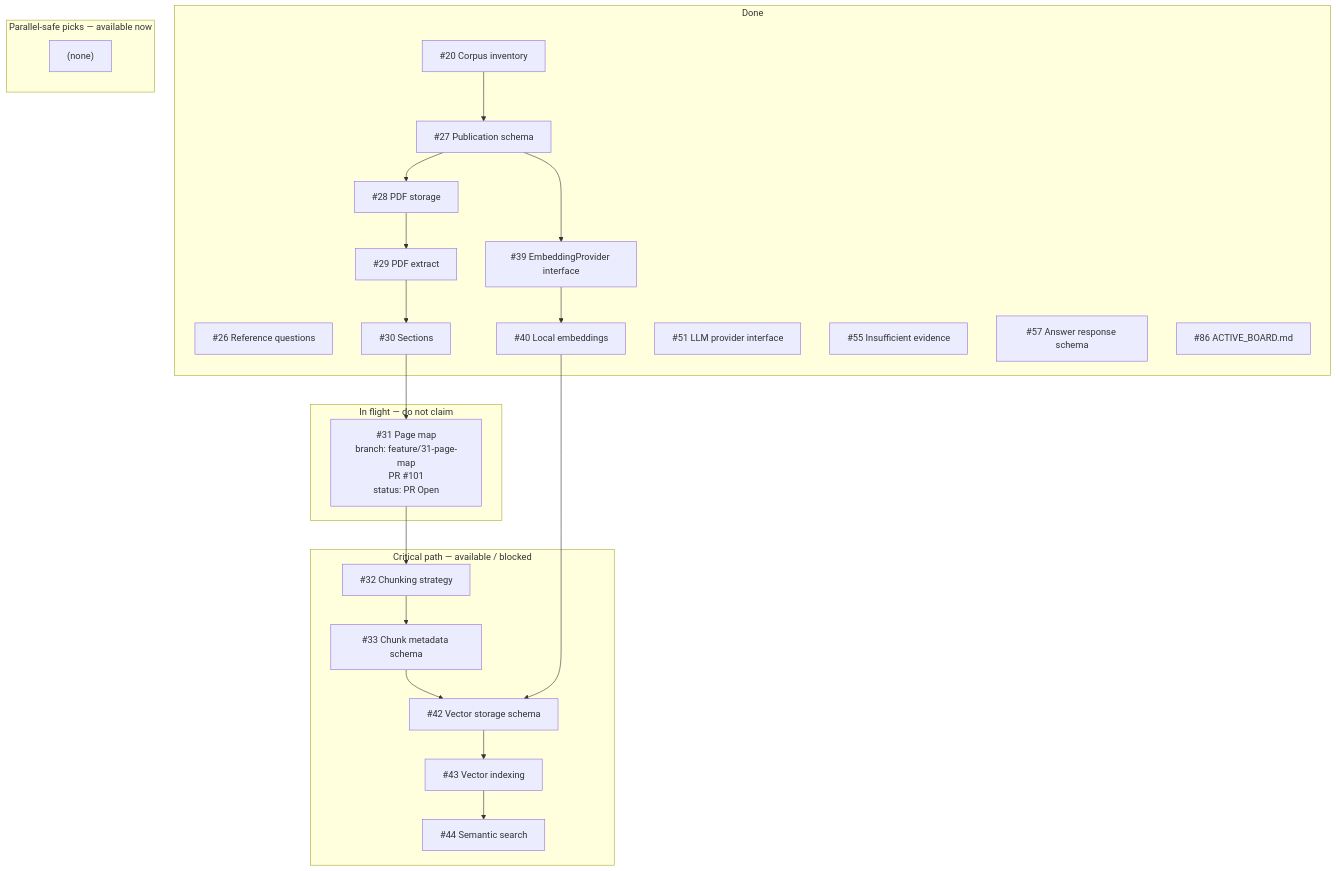
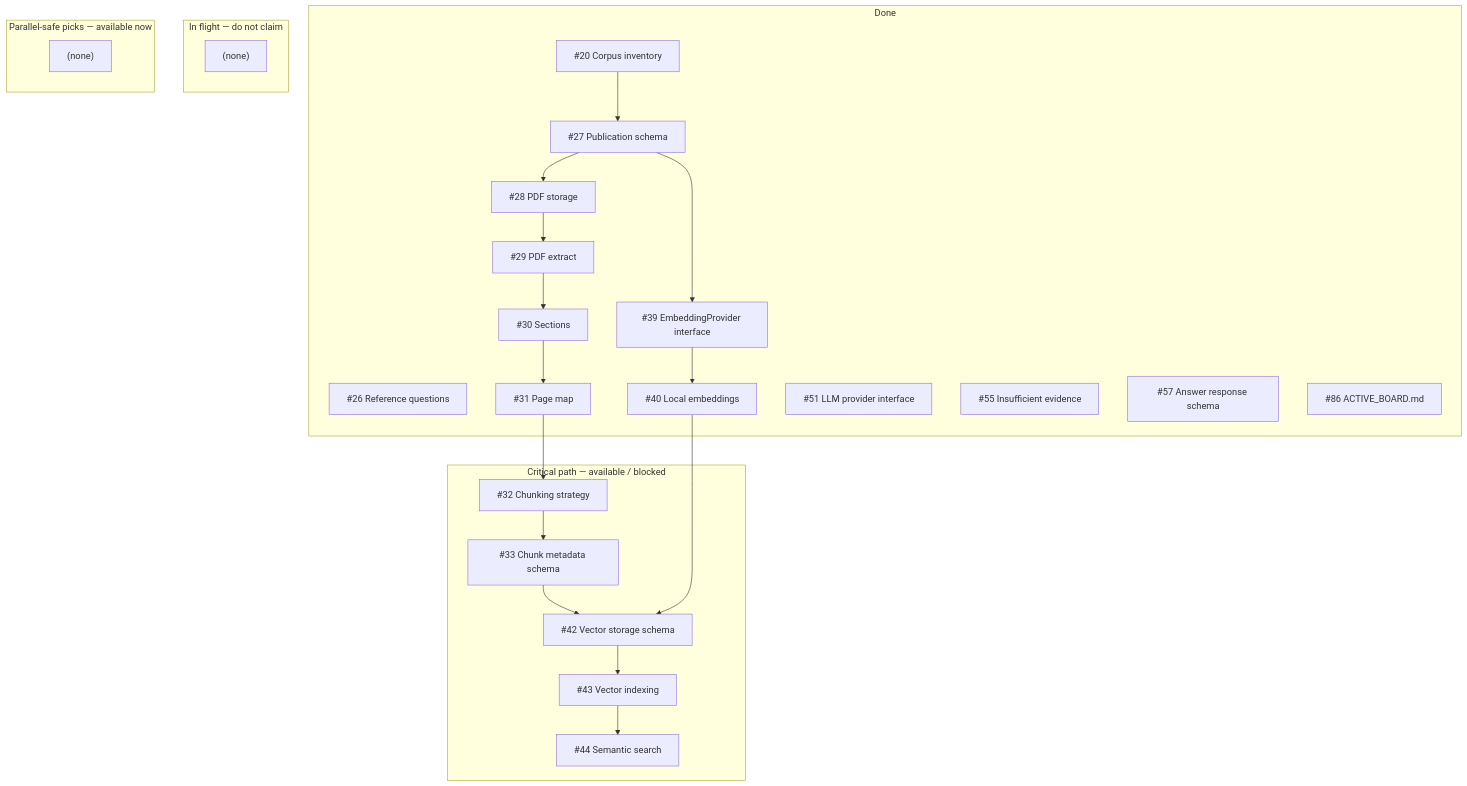
Before and after one commit to bluefate/spacebio-evidence-engine: the diagram in docs/development/ACTIVE_BOARD.md, drawn with Mermaid. The commit also changed other lines of this file and 3 other files, not shown here.

````diff
--- a/docs/development/ACTIVE_BOARD.md
+++ b/docs/development/ACTIVE_BOARD.md
@@ -61,43 +62,44 @@
 ```mermaid
 flowchart TB
   subgraph done [Done]
     i20["#20 Corpus inventory"]
     i26["#26 Reference questions"]
     i27["#27 Publication schema"]
     i28["#28 PDF storage"]
     i29["#29 PDF extract"]
     i30["#30 Sections"]
+    i31["#31 Page map"]
     i39["#39 EmbeddingProvider interface"]
     i40["#40 Local embeddings"]
     i51["#51 LLM provider interface"]
     i55["#55 Insufficient evidence"]
     i57["#57 Answer response schema"]
     i86["#86 ACTIVE_BOARD.md"]
   end
   subgraph inflight [In flight — do not claim]
-    i31["#31 Page map<br/>branch: feature/31-page-map<br/>PR #101<br/>status: PR Open"]
+    inflight_empty["(none)"]
   end
   subgraph nextCritical [Critical path — available / blocked]
     i32["#32 Chunking strategy"]
     i33["#33 Chunk metadata schema"]
     i42["#42 Vector storage schema"]
     i43["#43 Vector indexing"]
     i44["#44 Semantic search"]
   end
   subgraph nextParallel [Parallel-safe picks — available now]
     nextParallel_empty["(none)"]
   end
   i20 --> i27
   i27 --> i28
   i28 --> i29
   i29 --> i30
   i30 --> i31
   i31 --> i32
   i32 --> i33
   i33 --> i42
   i27 --> i39
   i39 --> i40
   i40 --> i42
   i42 --> i43
   i43 --> i44
 ```
````
